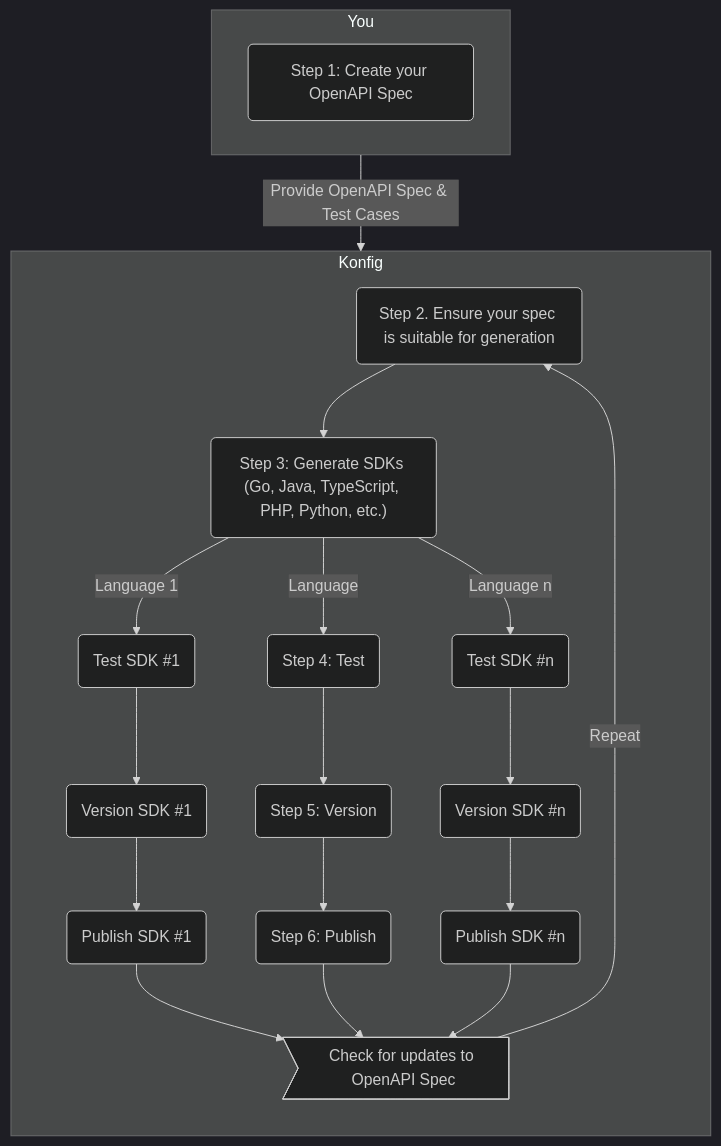
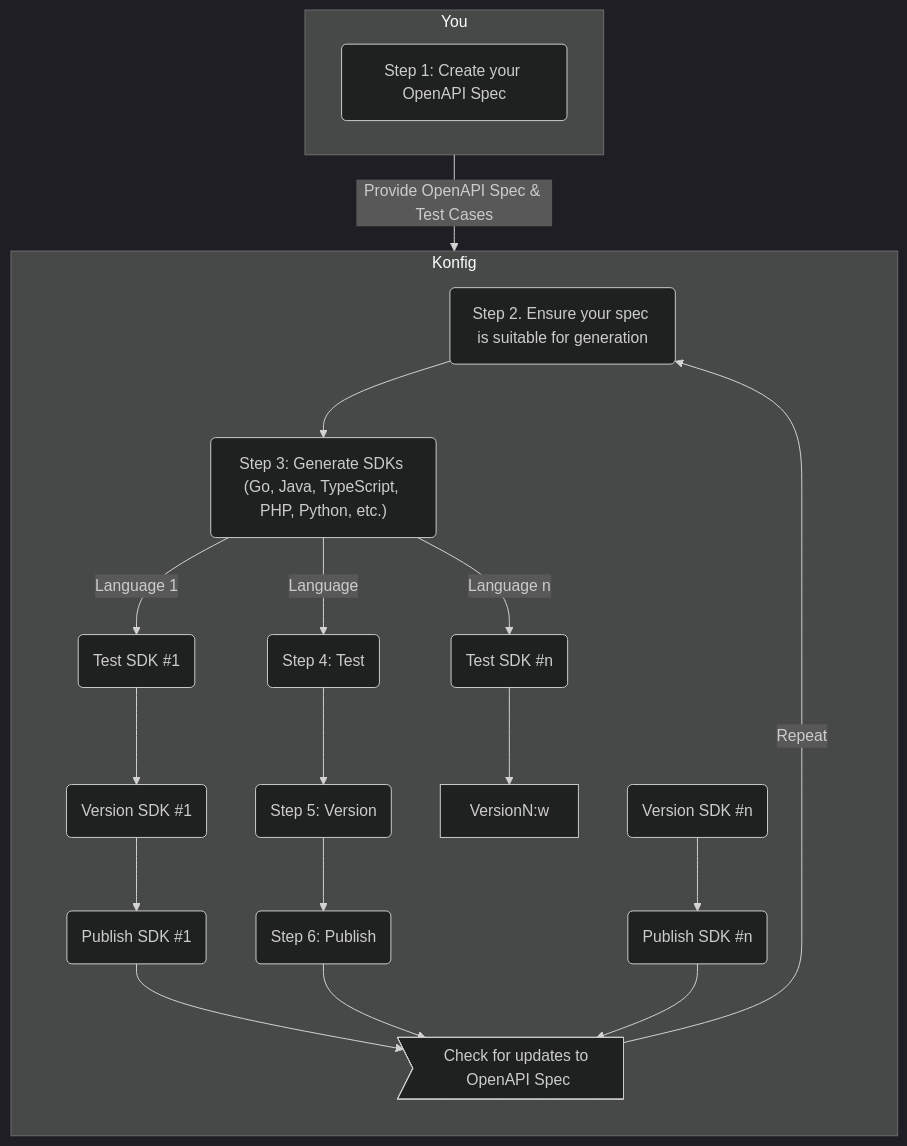
The second of 3 diagrams in charts.md (konfig-dev/brand-assets), drawn with Mermaid (dark theme) before and after one commit. The commit also changed other lines of this file and 6 other files, not shown here.

````diff
--- a/charts.md
+++ b/charts.md
@@ -27,34 +27,35 @@
 ```mermaid
 flowchart TD
     subgraph You
       A("Step 1: Create your OpenAPI Spec")
     end
     subgraph Konfig
       direction TB
       Lint(Step 2. Ensure your spec is suitable for generation)
       Generate("Step 3: Generate SDKs (Go, Java, TypeScript, PHP, Python, etc.)")
       Test1(Test SDK #1)
       Version1(Version SDK #1)
       Publish1(Publish SDK #1)
       TestN(Test SDK #n)
       VersionN(Version SDK #n)
       PublishN(Publish SDK #n)
       Check>Check for updates to OpenAPI Spec]
       Test(Step 4: Test)
       Version(Step 5: Version)
       Publish(Step 6: Publish)
       Lint --> Generate
       Generate -->|Language 1| Test1
       Generate -->|Language| Test
       Generate -->|Language n| TestN
       Test1 --> Version1
       Test --> Version
-      TestN --> VersionN
+      TestN --> VersionN:w
+
       Version1 --> Publish1
       Version --> Publish
       VersionN --> PublishN
       Publish1 & Publish & PublishN --> Check
       Check -->|Repeat| Lint
     end
     You -->|Provide OpenAPI Spec & Test Cases| Lint
 ```
````
